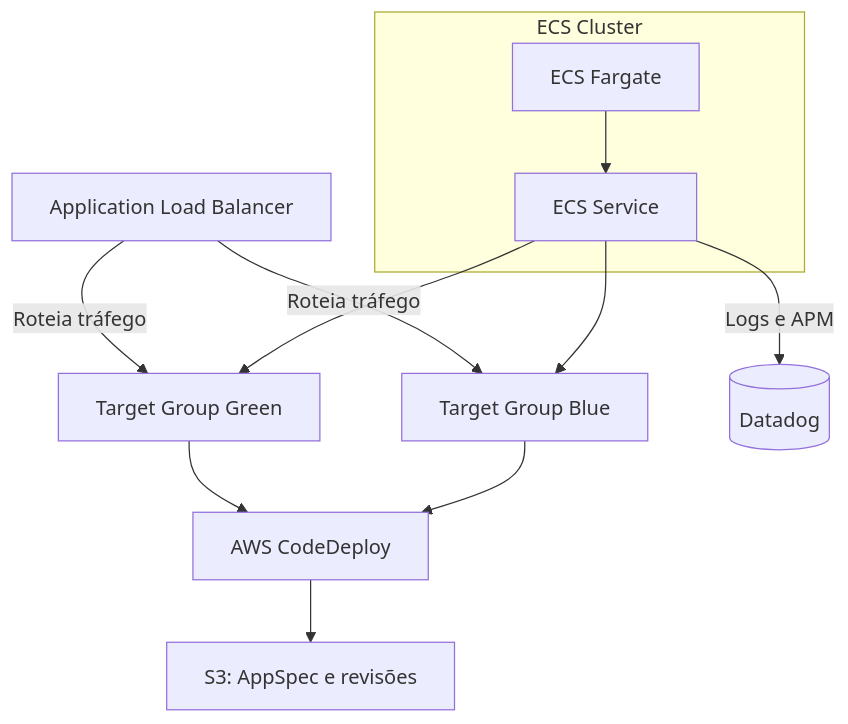
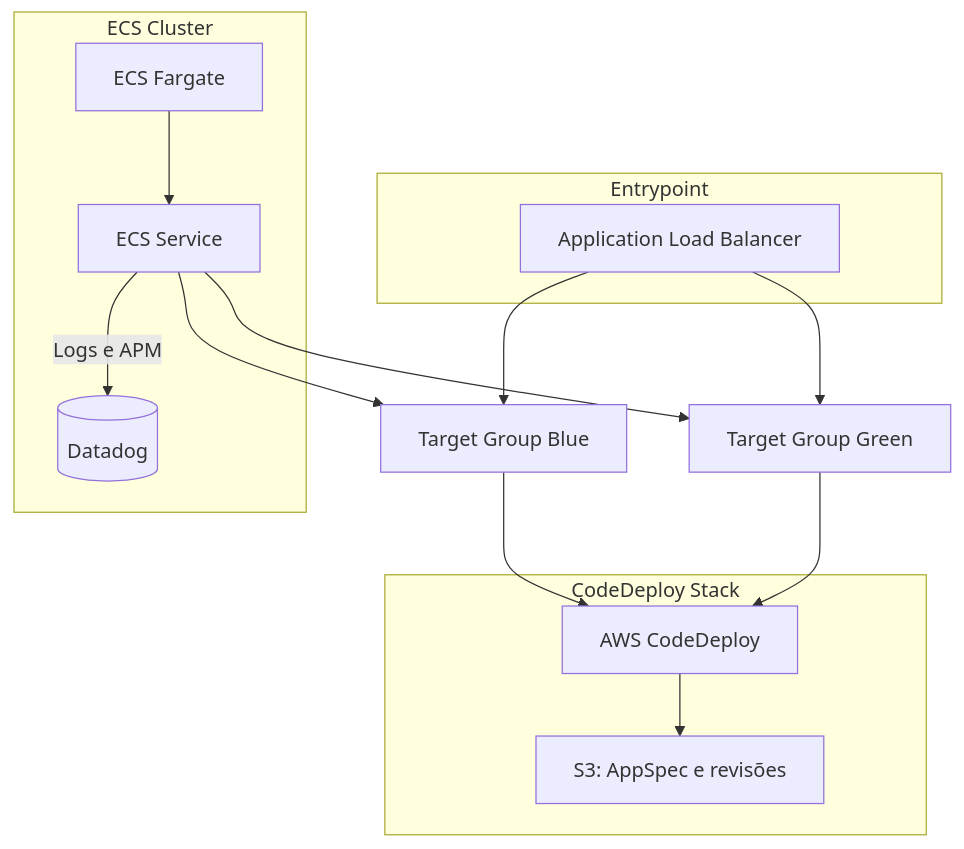
One commit to dalfinha/ecs-fargate-kotlin-canary-datadog changed the diagram in README.md. Above: the diagram before and after it, drawn with Mermaid. The commit also changed other lines of this file and 2 other files, not shown here.

````diff
--- a/README.md
+++ b/README.md
@@ -11,23 +11,28 @@
 ```mermaid
 flowchart TD
+    subgraph Entrypoint
+        ALB[Application Load Balancer]
+    end
+
     subgraph ECS Cluster
         ECS[ECS Fargate]
         Service[ECS Service]
         ECS --> Service
+        Service -->|Logs e APM| Datadog[(Datadog)]
     end
 
-    Service --> TGBlue[Target Group Blue]
-    Service --> TGGreen[Target Group Green]
+    subgraph CodeDeploy Stack
+        CodeDeploy[AWS CodeDeploy]
+        S3["S3: AppSpec e revisões"]
+        CodeDeploy --> S3
+    end
 
-    ALB[Application Load Balancer] -->|Roteia tráfego| TGBlue
-    ALB -->|Roteia tráfego| TGGreen
+    ALB --> TGBlue[Target Group Blue]
+    ALB --> TGGreen[Target Group Green]
 
-    Service -->|Logs e APM| Datadog[(Datadog)]
-
-    CodeDeploy[AWS CodeDeploy]
-    S3["S3: AppSpec e revisões"]
+    Service --> TGBlue
+    Service --> TGGreen
 
     TGBlue --> CodeDeploy
     TGGreen --> CodeDeploy
-    CodeDeploy --> S3
 ```
````
